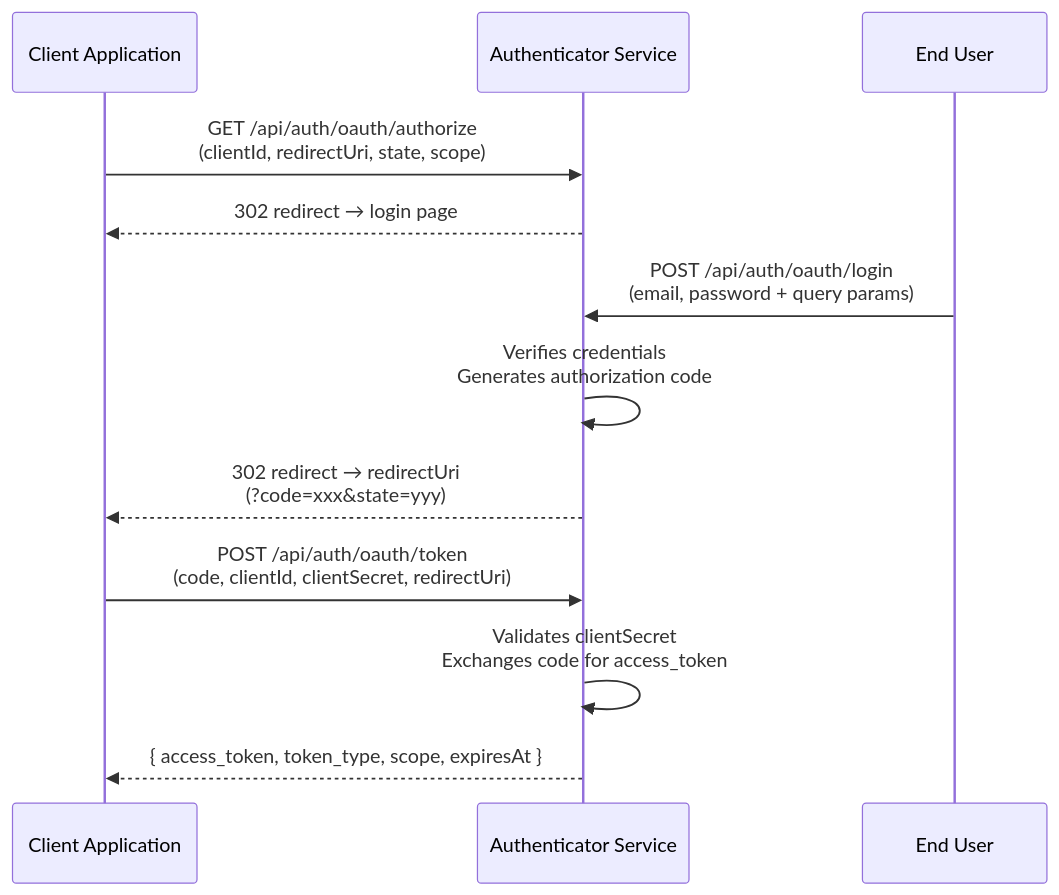
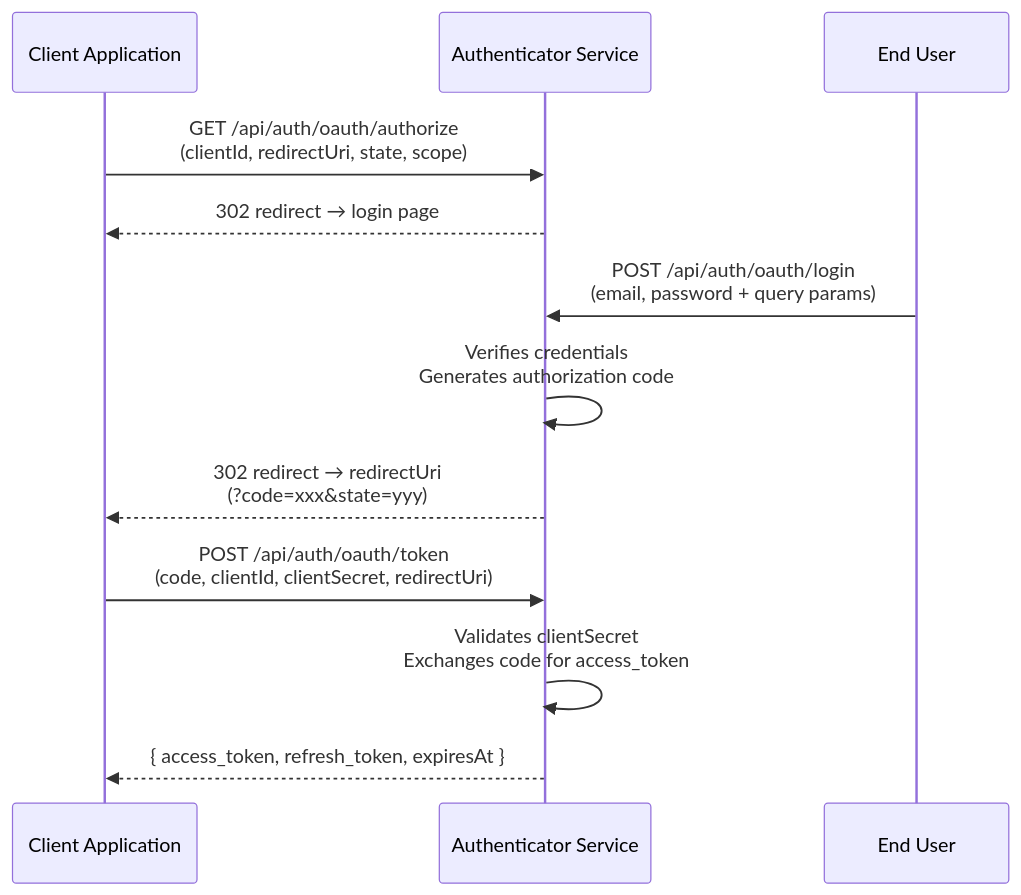
Before and after one commit to LuisFernando12/Authenticator-back: the second of 3 diagrams in README.md, drawn with Mermaid. The commit also changed other lines of this file and 1 other file, not shown here.

````diff
--- a/README.md
+++ b/README.md
@@ -90,17 +90,17 @@
 ```mermaid
 sequenceDiagram
     participant App as Client Application
     participant Auth as Authenticator Service
     participant User as End User
 
     App->>Auth: GET /api/auth/oauth/authorize<br/>(clientId, redirectUri, state, scope)
     Auth-->>App: 302 redirect → login page
 
     User->>Auth: POST /api/auth/oauth/login<br/>(email, password + query params)
     Auth->>Auth: Verifies credentials<br/>Generates authorization code
     Auth-->>App: 302 redirect → redirectUri<br/>(?code=xxx&state=yyy)
 
     App->>Auth: POST /api/auth/oauth/token<br/>(code, clientId, clientSecret, redirectUri)
     Auth->>Auth: Validates clientSecret<br/>Exchanges code for access_token
-    Auth-->>App: { access_token, token_type, scope, expiresAt }
+    Auth-->>App: { access_token, refresh_token, expiresAt }
 ```
````
